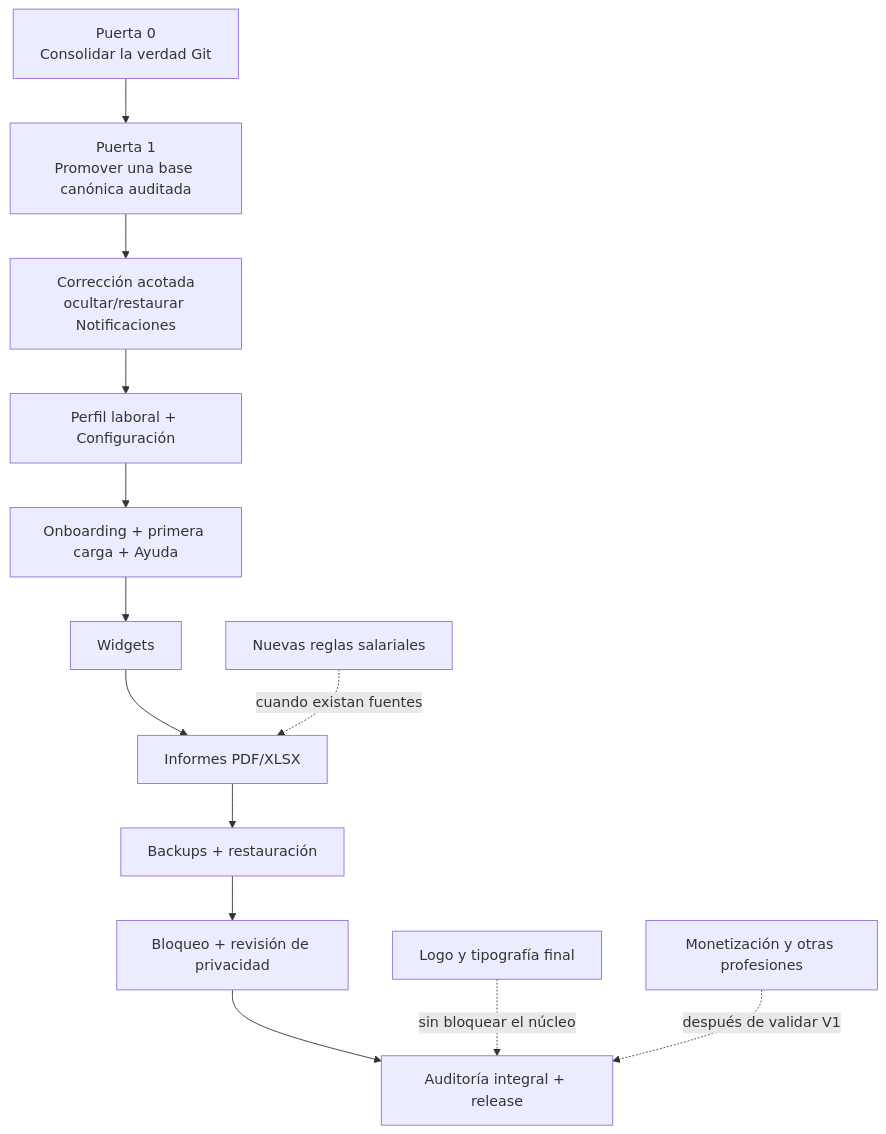
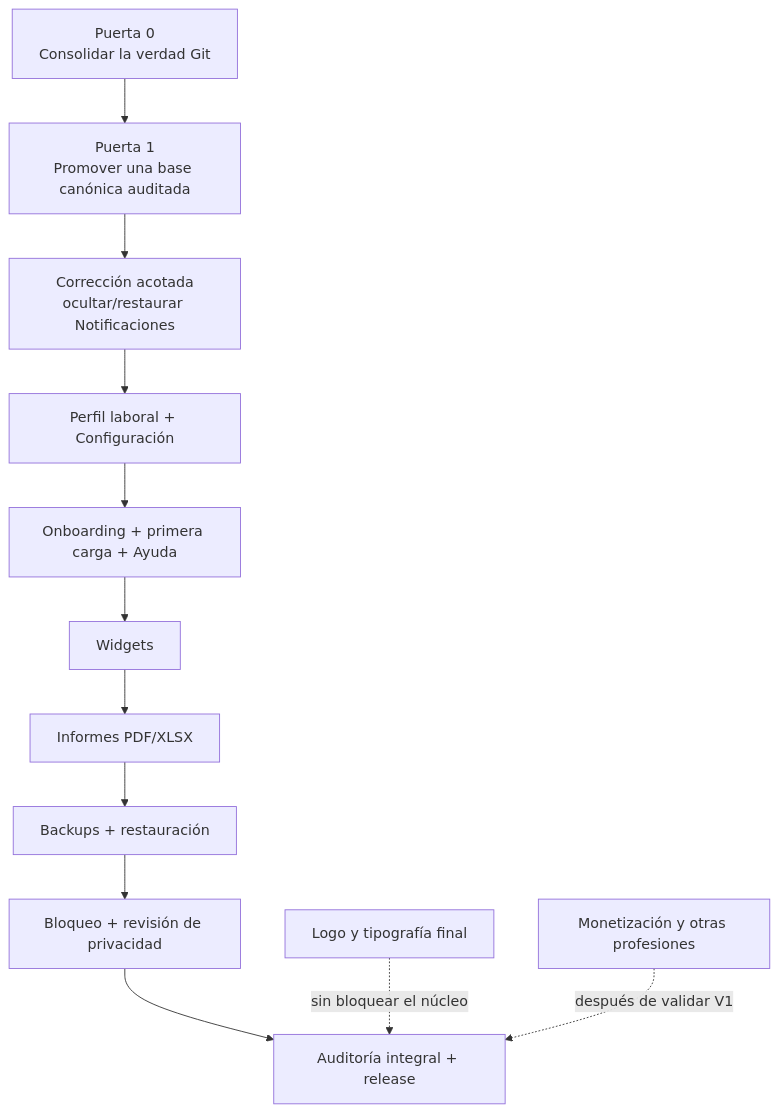
Before and after one commit to blackat-systems/MiGuardia: the fourth of 4 diagrams in docs/PROMPT_MAESTRO_PAUSA_REVISION_Y_REANUDACION.md, drawn with Mermaid. The commit also changed other lines of this file and 50 other files, not shown here.

Commit message:
docs: activate MiGuardia 2.0 implementation roadmap

````diff
--- a/docs/PROMPT_MAESTRO_PAUSA_REVISION_Y_REANUDACION.md
+++ b/docs/PROMPT_MAESTRO_PAUSA_REVISION_Y_REANUDACION.md
@@ -522,16 +516,15 @@
 ```mermaid
 flowchart TD
     G0["Puerta 0<br/>Consolidar la verdad Git"] --> G1["Puerta 1<br/>Promover una base canónica auditada"]
     G1 --> N["Corrección acotada<br/>ocultar/restaurar Notificaciones"]
     N --> P["Perfil laboral + Configuración"]
     P --> O["Onboarding + primera carga + Ayuda"]
     O --> W["Widgets"]
     W --> R["Informes PDF/XLSX"]
     R --> B["Backups + restauración"]
     B --> S["Bloqueo + revisión de privacidad"]
     S --> Q["Auditoría integral + release"]
 
-    PAY["Nuevas reglas salariales"] -. "cuando existan fuentes" .-> R
     BRAND["Logo y tipografía final"] -. "sin bloquear el núcleo" .-> Q
     BUSINESS["Monetización y otras profesiones"] -. "después de validar V1" .-> Q
 ```
````
